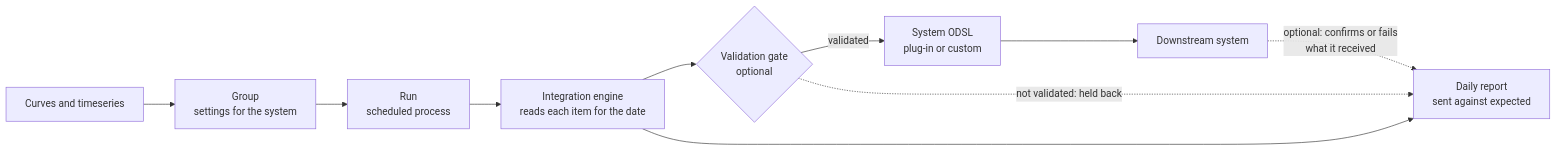
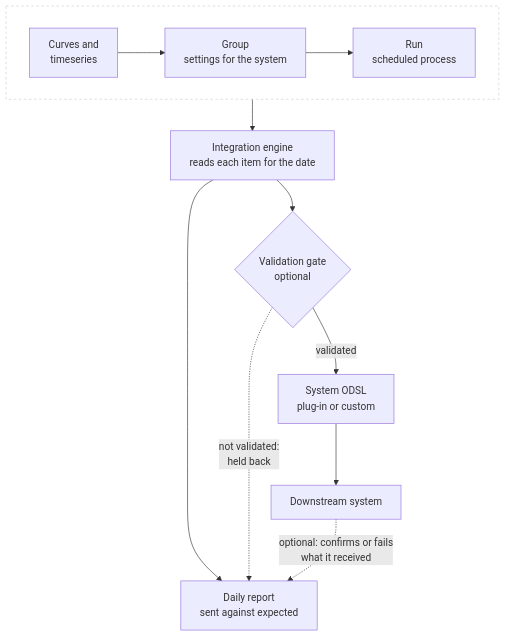
One commit to OpenDataDSL/documentation changed the diagram in docs/extensions/integration/02-how-it-works.md. Above: the diagram before and after it, drawn with Mermaid. The commit also changed other lines of this file and 22 other files, not shown here.

````diff
--- a/docs/extensions/integration/02-how-it-works.md
+++ b/docs/extensions/integration/02-how-it-works.md
@@ -13,12 +13,15 @@
 ```mermaid
-flowchart LR
-  D[Curves and timeseries] --> G[Group<br/>settings for the system]
-  G --> R[Run<br/>scheduled process]
+flowchart TD
+  subgraph setup [" "]
+    direction LR
+    D[Curves and<br/>timeseries] --> G[Group<br/>settings for the system] --> R[Run<br/>scheduled process]
+  end
+  style setup fill:none,stroke:#c8ced6,stroke-dasharray:4 4
   R --> E[Integration engine<br/>reads each item for the date]
   E --> V{Validation gate<br/>optional}
+  E --> P[Daily report<br/>sent against expected]
   V -- validated --> S[System ODSL<br/>plug-in or custom]
-  V -. not validated: held back .-> P
+  V -. not validated:<br/>held back .-> P
   S --> X[Downstream system]
-  E --> P[Daily report<br/>sent against expected]
   X -. optional: confirms or fails<br/>what it received .-> P
 ```
````
